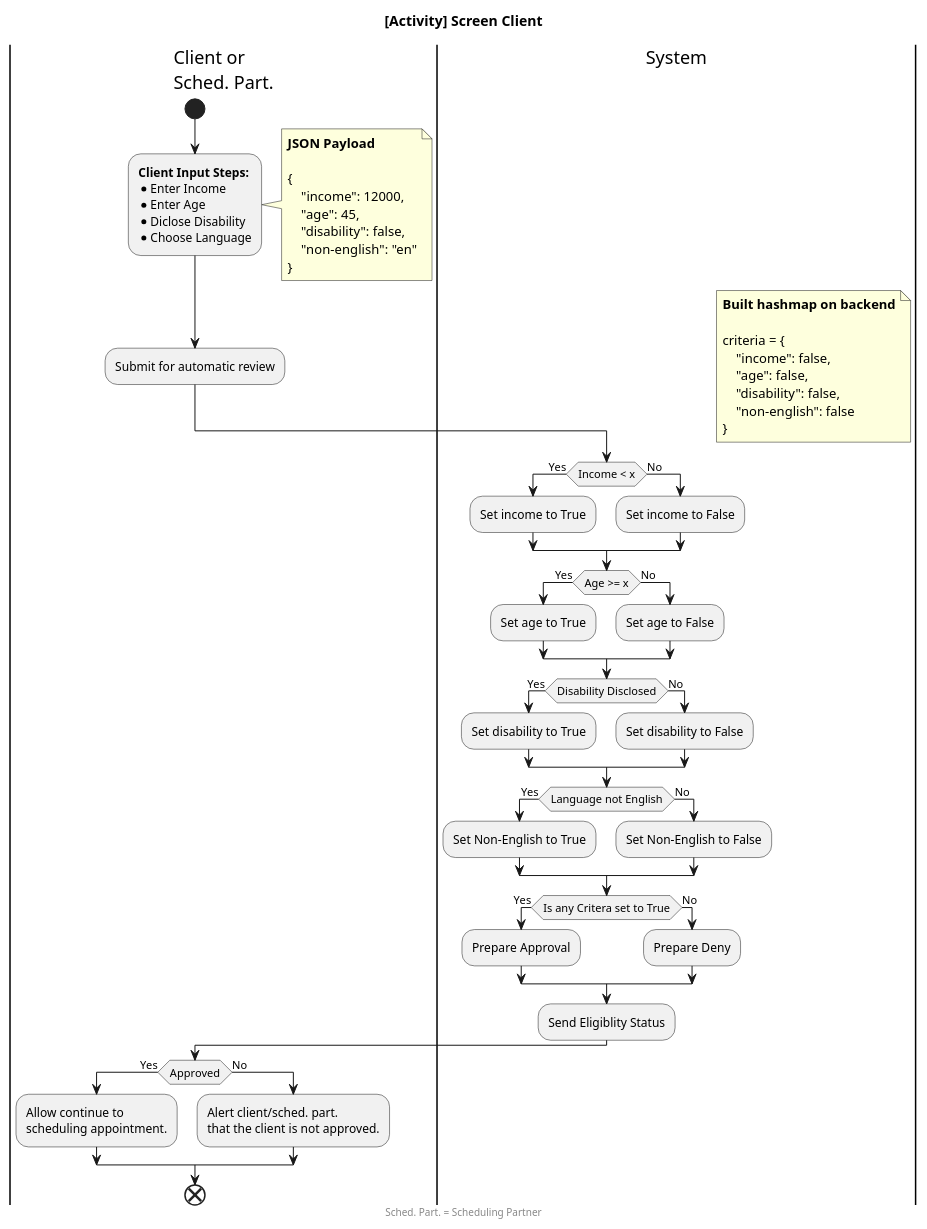
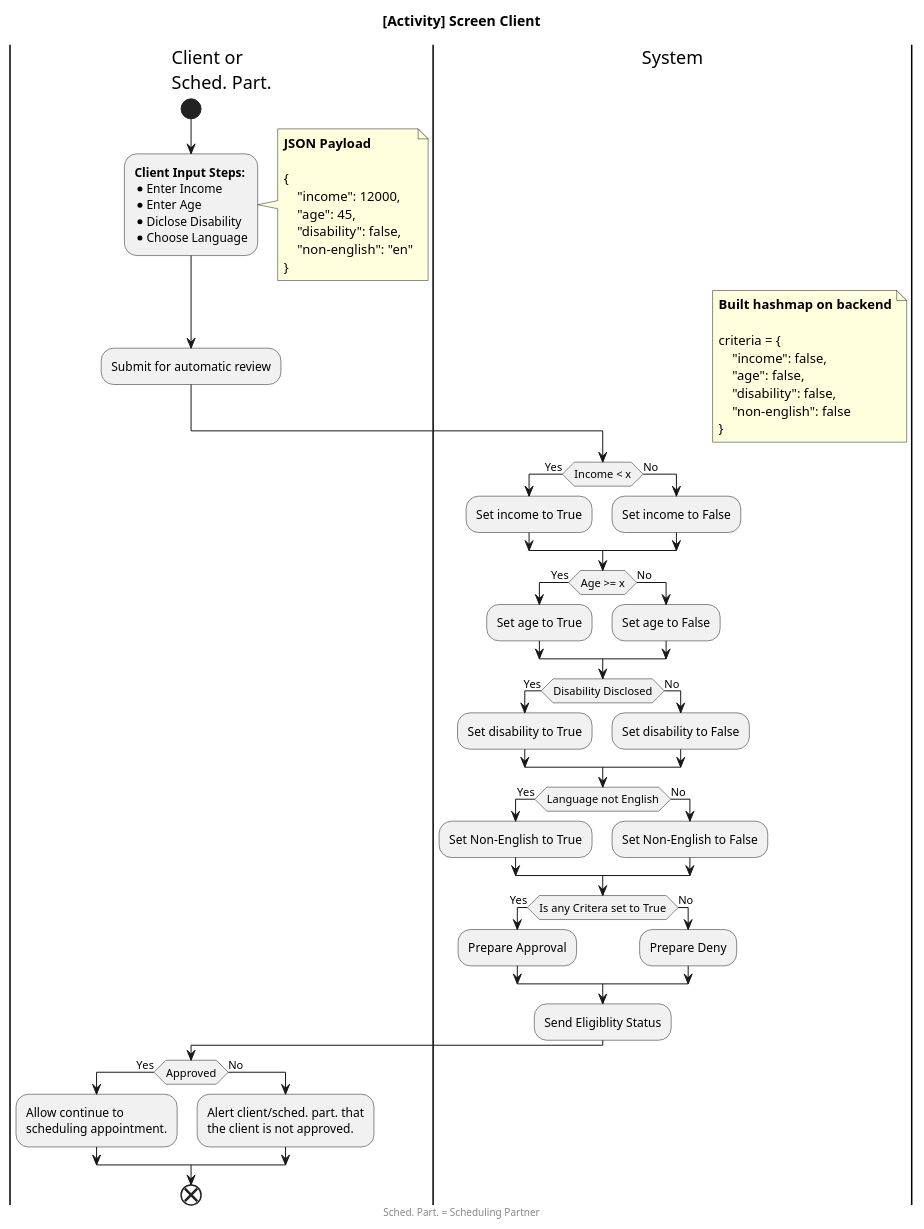
One commit to ItzNxthaniel/cisc260-final-reservation-itznxthaniel changed the diagram in diagrams/src/activity_diagrams/screen_client.puml. Above: the diagram before and after it, drawn with PlantUML.

Commit message:
Clean up activity diagram.

```diff
--- a/diagrams/src/activity_diagrams/screen_client.puml
+++ b/diagrams/src/activity_diagrams/screen_client.puml
@@ -1,76 +1,76 @@
 @startuml "[Activity] VITA Reserve - Screen Client"
 skinparam ConditionEndStyle hline
 title "[Activity] Screen Client"
 
 |Client or\nSched. Part.|
 start
 :<b>Client Input Steps:</b>
 * Enter Income
 * Enter Age
 * Diclose Disability
 * Choose Language;
 note right
     **JSON Payload**
     <font:monospaced>
     {
         "income": 12000,
         "age": 45,
         "disability": false,
         "non-english": "en"
     }
 end note
 :Submit for automatic review;
 
 |System|
 floating note right
     **Built hashmap on backend**
     <font:monospaced>
     criteria = {
         "income": false,
         "age": false,
         "disability": false,
         "non-english": false
     }
 end note
 if (Income < x) then (Yes)
     :Set income to True;
 else (No)
     :Set income to False;
 endif
 
 if (Age >= x) then (Yes)
     :Set age to True;
 else (No)
     :Set age to False;
 endif
 
 if (Disability Disclosed) then (Yes)
     :Set disability to True;
 else (No)
     :Set disability to False;
 endif
 
 if (Language not English) then (Yes)
     :Set Non-English to True;
 else (No)
     :Set Non-English to False;
 endif
 
 if (Is any Critera set to True) then (Yes)
     :Prepare Approval;
 else (No)
     :Prepare Deny;
 endif
 
 :Send Eligiblity Status;
 
 |Client or\nSched. Part.|
 if (Approved) then (Yes)
     :Allow continue to\nscheduling appointment.;
 else (No)
-    :Alert client/sched. part. \nthat the client is not approved.;
+    :Alert client/sched. part. that\nthe client is not approved.;
 endif
 
 end
 footer Sched. Part. = Scheduling Partner
 @enduml
```
